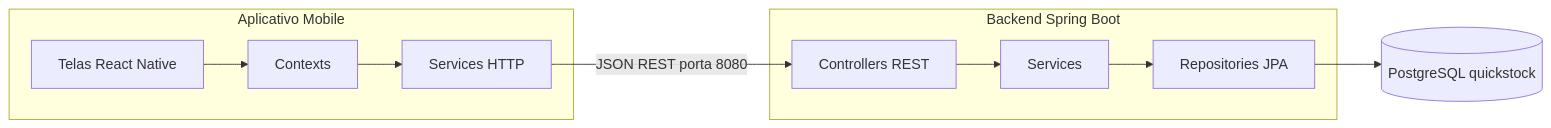
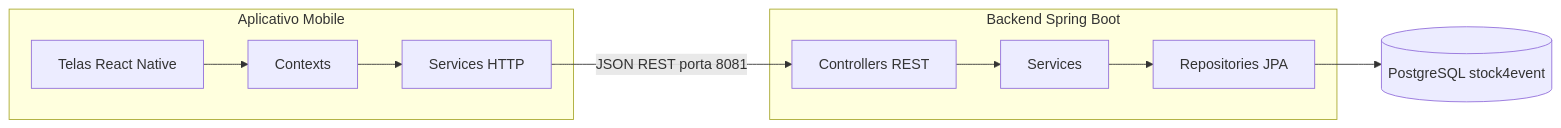
The diagram in docs/diagramas/arquitetura-sistema.mmd (LuanSantos26/Mobile), drawn with Mermaid before and after one commit. The commit also changed 260 other files, not shown here.

```diff
--- a/docs/diagramas/arquitetura-sistema.mmd
+++ b/docs/diagramas/arquitetura-sistema.mmd
@@ -1,15 +1,15 @@
 flowchart LR
     subgraph client [Aplicativo Mobile]
         UI[Telas React Native]
         CTX[Contexts]
         SVC[Services HTTP]
     end
     subgraph server [Backend Spring Boot]
         CTRL[Controllers REST]
         SRV[Services]
         REPO[Repositories JPA]
     end
-    DB[(PostgreSQL quickstock)]
+    DB[(PostgreSQL stock4event)]
     UI --> CTX --> SVC
-    SVC -->|JSON REST porta 8080| CTRL
+    SVC -->|JSON REST porta 8081| CTRL
     CTRL --> SRV --> REPO --> DB
```
